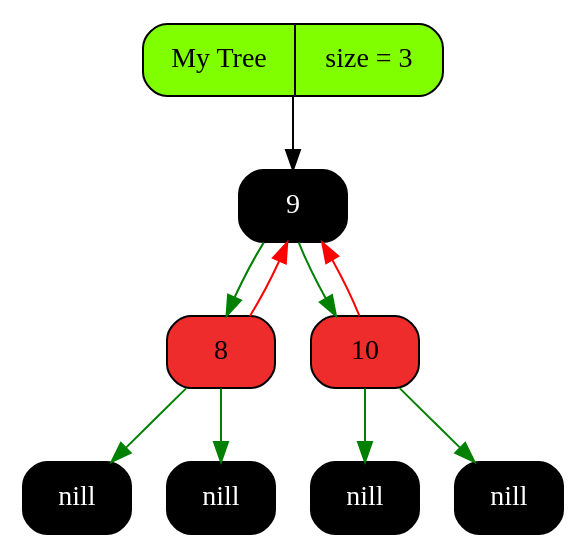
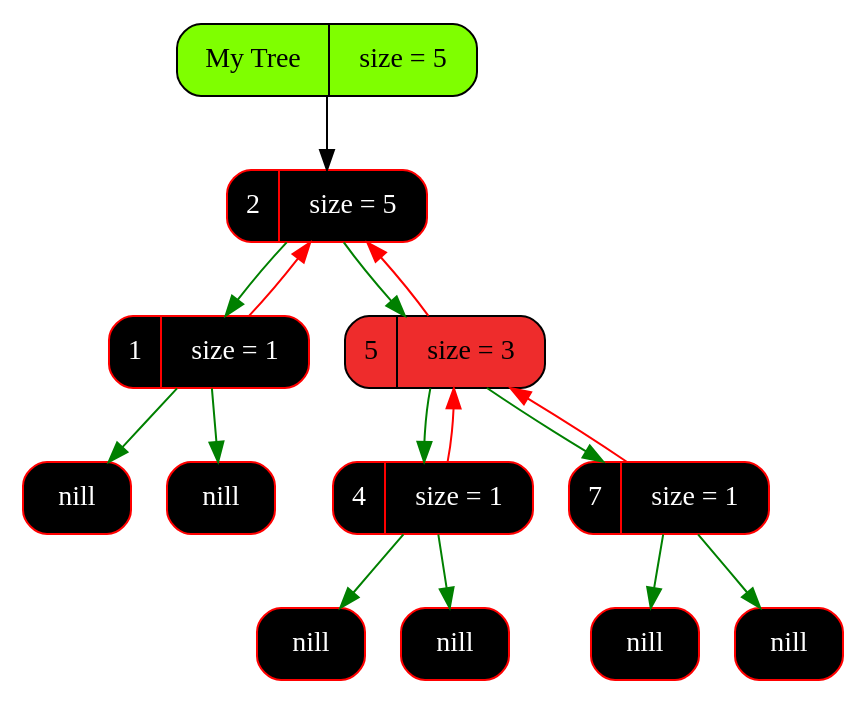
Before and after one commit to Pelmeshka127/RedBlackTree: the diagram in graphics/graph.dot, drawn with Graphviz. The commit also changed 11 other files, not shown here.

```diff
--- a/graphics/graph.dot
+++ b/graphics/graph.dot
@@ -1,23 +1,33 @@
 digraph Tree
 {
    rankdir = HR;
    node[fontsize=14];
    edge[color="black",fontcolor="blue",fontsize=12];
-   tree[shape = Mrecord, style = filled, fillcolor = "chartreuse1", label = "My Tree | size = 3"];
-   "0x13ff040b0"[shape = Mrecord, style = filled, fontcolor = "white", fillcolor = "black",   label = " <value> 9"];
-  "0x13ff040b0" -> "0x13ff04080" [color = "green"];
-  "0x13ff04080" -> "0x13ff040b0" [color = "red"];
-  "0x13ff040b0" -> "0x13ff040e0" [color = "green"];
-  "0x13ff040e0" -> "0x13ff040b0" [color = "red"];
-  "0x13ff04080"[shape = Mrecord, style = filled, fillcolor = "firebrick2",   label = " <value> 8"];
-   "0x13ff04080left"[shape = Mrecord, style = filled, fontcolor = "white", fillcolor = "black",   label = " <value> nill"];
-  "0x13ff04080" -> "0x13ff04080left" [color = "green"];
-   "0x13ff04080right"[shape = Mrecord, style = filled, fontcolor = "white", fillcolor = "black",   label = " <value> nill"];
-  "0x13ff04080" -> "0x13ff04080right" [color = "green"];
-  "0x13ff040e0"[shape = Mrecord, style = filled, fillcolor = "firebrick2",   label = " <value> 10"];
-   "0x13ff040e0left"[shape = Mrecord, style = filled, fontcolor = "white", fillcolor = "black",   label = " <value> nill"];
-  "0x13ff040e0" -> "0x13ff040e0left" [color = "green"];
-   "0x13ff040e0right"[shape = Mrecord, style = filled, fontcolor = "white", fillcolor = "black",   label = " <value> nill"];
-  "0x13ff040e0" -> "0x13ff040e0right" [color = "green"];
-   tree -> "0x13ff040b0" [color = "gray0"];
+   tree[shape = Mrecord, style = filled, fillcolor = "chartreuse1", label = "My Tree | size = 5"];
+   "0x137606750"[shape = Mrecord, color = "red", style = filled, fontcolor = "white", fillcolor = "black",   label = " <value> 2 | size = 5"];
+  "0x137606750" -> "0x137704080" [color = "green"];
+  "0x137704080" -> "0x137606750" [color = "red"];
+  "0x137606750" -> "0x1377041e0" [color = "green"];
+  "0x1377041e0" -> "0x137606750" [color = "red"];
+   "0x137704080"[shape = Mrecord, color = "red", style = filled, fontcolor = "white", fillcolor = "black",   label = " <value> 1 | size = 1"];
+   "0x137704080left"[shape = Mrecord, color = "red", style = filled, fontcolor = "white", fillcolor = "black",   label = " <value> nill"];
+  "0x137704080" -> "0x137704080left" [color = "green"];
+   "0x137704080right"[shape = Mrecord, color = "red", style = filled, fontcolor = "white", fillcolor = "black",   label = " <value> nill"];
+  "0x137704080" -> "0x137704080right" [color = "green"];
+  "0x1377041e0"[shape = Mrecord, color = "black", style = filled, fillcolor = "firebrick2",   label = " <value> 5 | size = 3"];
+  "0x1377041e0" -> "0x137704180" [color = "green"];
+  "0x137704180" -> "0x1377041e0" [color = "red"];
+  "0x1377041e0" -> "0x1377041b0" [color = "green"];
+  "0x1377041b0" -> "0x1377041e0" [color = "red"];
+   "0x137704180"[shape = Mrecord, color = "red", style = filled, fontcolor = "white", fillcolor = "black",   label = " <value> 4 | size = 1"];
+   "0x137704180left"[shape = Mrecord, color = "red", style = filled, fontcolor = "white", fillcolor = "black",   label = " <value> nill"];
+  "0x137704180" -> "0x137704180left" [color = "green"];
+   "0x137704180right"[shape = Mrecord, color = "red", style = filled, fontcolor = "white", fillcolor = "black",   label = " <value> nill"];
+  "0x137704180" -> "0x137704180right" [color = "green"];
+   "0x1377041b0"[shape = Mrecord, color = "red", style = filled, fontcolor = "white", fillcolor = "black",   label = " <value> 7 | size = 1"];
+   "0x1377041b0left"[shape = Mrecord, color = "red", style = filled, fontcolor = "white", fillcolor = "black",   label = " <value> nill"];
+  "0x1377041b0" -> "0x1377041b0left" [color = "green"];
+   "0x1377041b0right"[shape = Mrecord, color = "red", style = filled, fontcolor = "white", fillcolor = "black",   label = " <value> nill"];
+  "0x1377041b0" -> "0x1377041b0right" [color = "green"];
+   tree -> "0x137606750" [color = "gray0"];
 }
```
